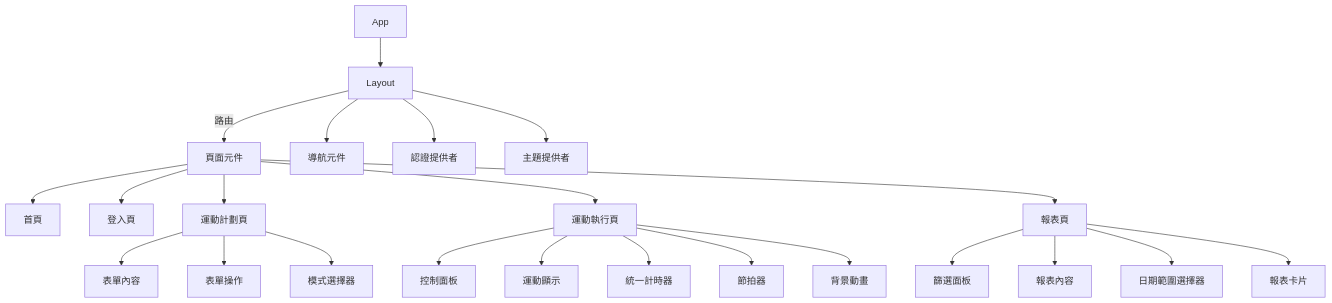
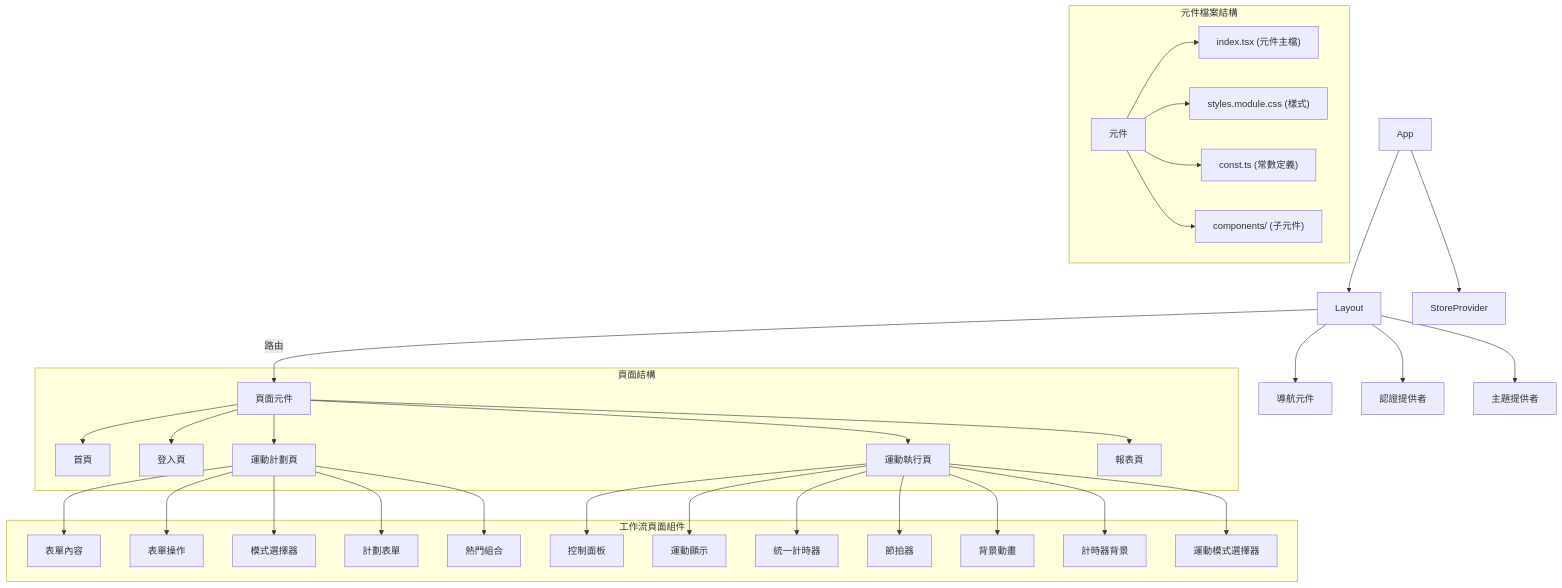
The third of 4 diagrams in README.md (dddenrose/FitnessPartner), drawn with Mermaid before and after one commit. The commit also changed other lines of this file, not shown here.

````diff
--- a/README.md
+++ b/README.md
@@ -236,29 +418,40 @@
 ```mermaid
 graph TD
     App[App] --> Layout[Layout]
+    App --> StoreProvider[StoreProvider]
     Layout --> |路由| Pages[頁面元件]
     Layout --> Navigation[導航元件]
     Layout --> AuthProvider[認證提供者]
     Layout --> ThemeProvider[主題提供者]
 
-    Pages --> HomePage[首頁]
-    Pages --> LoginPage[登入頁]
-    Pages --> WorkoutPlanPage[運動計劃頁]
-    Pages --> ExercisePage[運動執行頁]
-    Pages --> ReportPage[報表頁]
+    subgraph "頁面結構"
+        Pages --> HomePage[首頁]
+        Pages --> LoginPage[登入頁]
+        Pages --> WorkoutPlanPage[運動計劃頁]
+        Pages --> ExercisePage[運動執行頁]
+        Pages --> ReportPage[報表頁]
+    end
 
-    WorkoutPlanPage --> FormContent[表單內容]
-    WorkoutPlanPage --> FormAction[表單操作]
-    WorkoutPlanPage --> SimpleModeSelector[模式選擇器]
+    subgraph "元件檔案結構"
+        Component[元件] --> IndexFile["index.tsx (元件主檔)"]
+        Component --> StyleFile["styles.module.css (樣式)"]
+        Component --> ConstFile["const.ts (常數定義)"]
+        Component --> SubComponents["components/ (子元件)"]
+    end
 
-    ExercisePage --> ControlPanel[控制面板]
-    ExercisePage --> Exercise[運動顯示]
-    ExercisePage --> UnifiedTimer[統一計時器]
-    ExercisePage --> Metronome[節拍器]
-    ExercisePage --> ReactSpringBg[背景動畫]
+    subgraph "工作流頁面組件"
+        WorkoutPlanPage --> FormContent[表單內容]
+        WorkoutPlanPage --> FormAction[表單操作]
+        WorkoutPlanPage --> SimpleModeSelector[模式選擇器]
+        WorkoutPlanPage --> PlanForm[計劃表單]
+        WorkoutPlanPage --> PopularSet[熱門組合]
 
-    ReportPage --> FilterPanel[篩選面板]
-    ReportPage --> ReportContent[報表內容]
-    ReportPage --> DateRangePicker[日期範圍選擇器]
-    ReportPage --> ReportCard[報表卡片]
+        ExercisePage --> ControlPanel[控制面板]
+        ExercisePage --> Exercise[運動顯示]
+        ExercisePage --> UnifiedTimer[統一計時器]
+        ExercisePage --> Metronome[節拍器]
+        ExercisePage --> ReactSpringBg[背景動畫]
+        ExercisePage --> TimerBg[計時器背景]
+        ExercisePage --> WorkoutModeSelector[運動模式選擇器]
+    end
 ```
````
